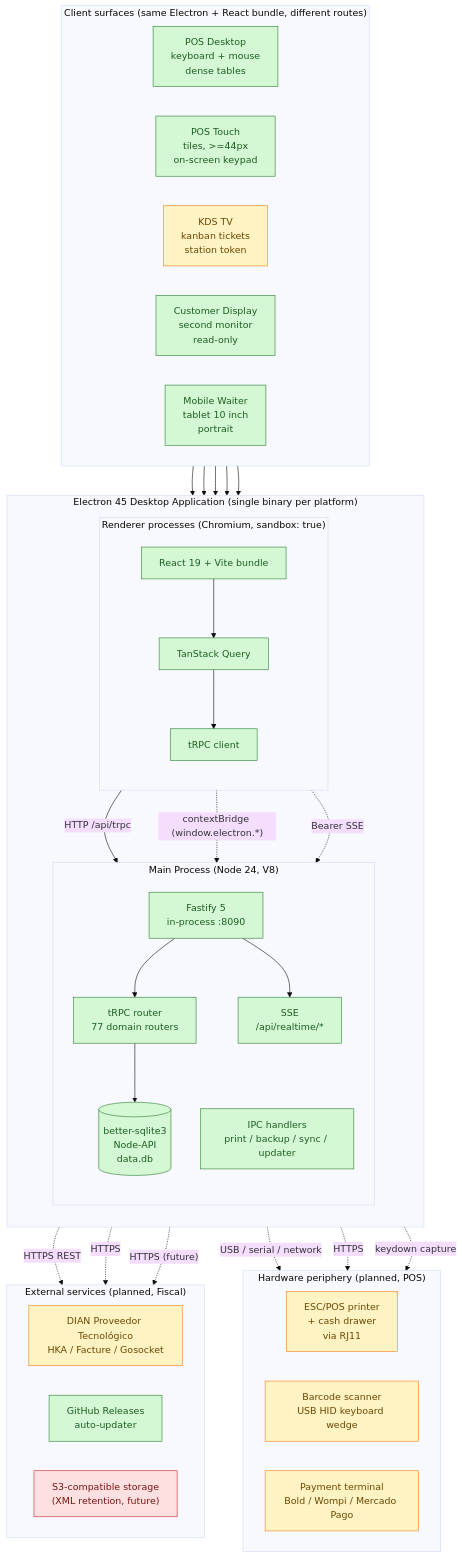
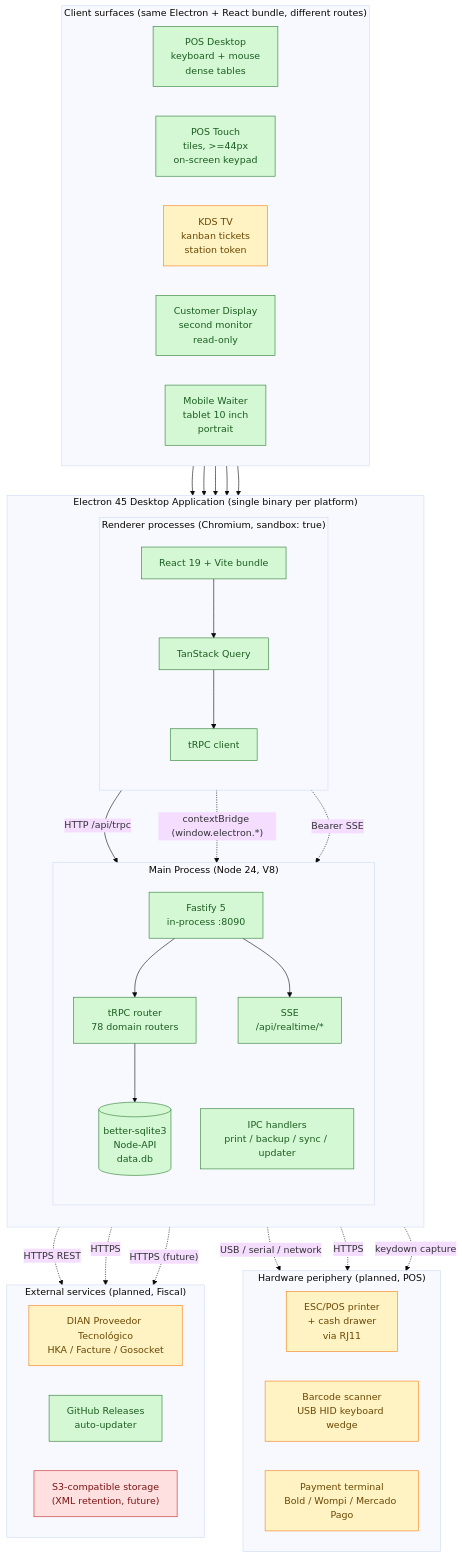
One commit to johnny4young/puntovivo changed the diagram in docs/architecture.mmd. Above: the diagram before and after it, drawn with Mermaid (base theme). The commit also changed 49 other files, not shown here.

```diff
--- a/docs/architecture.mmd
+++ b/docs/architecture.mmd
@@ -1,81 +1,81 @@
 %% Puntovivo architecture — high-level process and client surface topology
 %% Render: pnpm dlx @mermaid-js/mermaid-cli -i docs/architecture.mmd -o docs/architecture.svg -b transparent
 %% The -b transparent flag is required: mermaid-cli defaults to a white page
 %% background, which regresses the diagram on dark-mode surfaces. The SVG
 %% root style must keep background-color: transparent after every re-render.
 %% Source of truth for the system diagram embedded in docs/ARCHITECTURE.md and README.md.
 
 flowchart TB
   subgraph Electron["Electron 45 Desktop Application (single binary per platform)"]
     direction TB
 
     subgraph Main["Main Process (Node 24, V8)"]
       direction TB
       F["Fastify 5<br/>in-process :8090"]
-      T["tRPC router<br/>77 domain routers"]
+      T["tRPC router<br/>78 domain routers"]
       DB[("better-sqlite3<br/>Node-API<br/>data.db")]
       IPC["IPC handlers<br/>print / backup / sync / updater"]
       SSE["SSE<br/>/api/realtime/*"]
       F --> T
       F --> SSE
       T --> DB
     end
 
     subgraph Renderer["Renderer processes (Chromium, sandbox: true)"]
       direction TB
       R["React 19 + Vite bundle"]
       Q["TanStack Query"]
       C["tRPC client"]
       R --> Q --> C
     end
 
     C -- "HTTP /api/trpc" --> F
     R -. "contextBridge (window.electron.*)" .-> IPC
     R -. "Bearer SSE" .-> SSE
   end
 
   subgraph Surfaces["Client surfaces (same Electron + React bundle, different routes)"]
     direction LR
     POSD["POS Desktop<br/>keyboard + mouse<br/>dense tables"]
     POST["POS Touch<br/>tiles, >=44px<br/>on-screen keypad"]
     KDS["KDS TV<br/>kanban tickets<br/>station token"]
     CUST["Customer Display<br/>second monitor<br/>read-only"]
     MOB["Mobile Waiter<br/>tablet 10 inch<br/>portrait"]
   end
 
   POSD --> Renderer
   POST --> Renderer
   KDS --> Renderer
   CUST --> Renderer
   MOB --> Renderer
 
   subgraph Peripherals["Hardware periphery (planned, POS)"]
     direction LR
     ESCP["ESC/POS printer<br/>+ cash drawer<br/>via RJ11"]
     SCAN["Barcode scanner<br/>USB HID keyboard wedge"]
     DAT["Payment terminal<br/>Bold / Wompi / Mercado Pago"]
   end
 
   IPC -. "USB / serial / network" .-> ESCP
   Renderer -. "keydown capture" .-> SCAN
   T -. "HTTPS" .-> DAT
 
   subgraph External["External services (planned, Fiscal)"]
     direction LR
     PT["DIAN Proveedor Tecnológico<br/>HKA / Facture / Gosocket"]
     UPD["GitHub Releases<br/>auto-updater"]
     S3["S3-compatible storage<br/>(XML retention, future)"]
   end
 
   T -. "HTTPS REST" .-> PT
   IPC -. "HTTPS" .-> UPD
   IPC -. "HTTPS (future)" .-> S3
 
   classDef shipped fill:#d4f7d4,stroke:#2e7d32,color:#1b5e20
   classDef planned fill:#fff3c4,stroke:#f57f17,color:#6b4700
   classDef future fill:#ffe0e0,stroke:#c62828,color:#7a1313
 
   class F,T,DB,IPC,SSE,R,Q,C,POSD,UPD shipped
   class POST,MOB,CUST shipped
   class KDS,ESCP,SCAN,DAT,PT planned
   class S3 future
```
